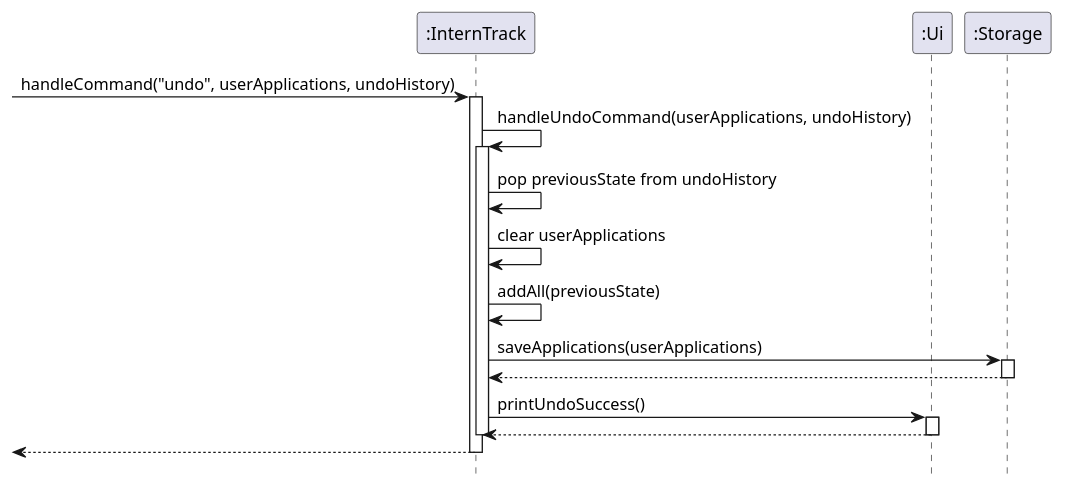
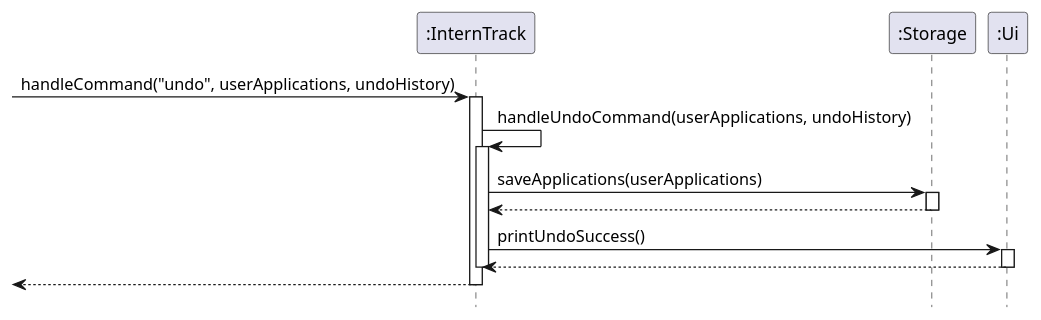
The diagram in docs/diagrams/undo_sequence_diag.puml (BaoLam194/tp), drawn with PlantUML before and after one commit. The commit also changed 8 other files, not shown here.

```diff
--- a/docs/diagrams/undo_sequence_diag.puml
+++ b/docs/diagrams/undo_sequence_diag.puml
@@ -1,30 +1,27 @@
 @startuml
 hide footbox
 
 participant ":InternTrack" as InternTrack
+participant ":Storage" as Storage
 participant ":Ui" as Ui
-participant ":Storage" as Storage
 
 [-> InternTrack : handleCommand("undo", userApplications, undoHistory)
 activate InternTrack
 
 InternTrack -> InternTrack : handleUndoCommand(userApplications, undoHistory)
 activate InternTrack
-InternTrack -> InternTrack : pop previousState from undoHistory
-InternTrack -> InternTrack : clear userApplications
-InternTrack -> InternTrack : addAll(previousState)
 
 InternTrack -> Storage : saveApplications(userApplications)
 activate Storage
 Storage --> InternTrack
 deactivate Storage
 
 InternTrack -> Ui : printUndoSuccess()
 activate Ui
 Ui --> InternTrack
 deactivate Ui
 
 deactivate InternTrack
 [<-- InternTrack
 deactivate InternTrack
 @enduml
```
